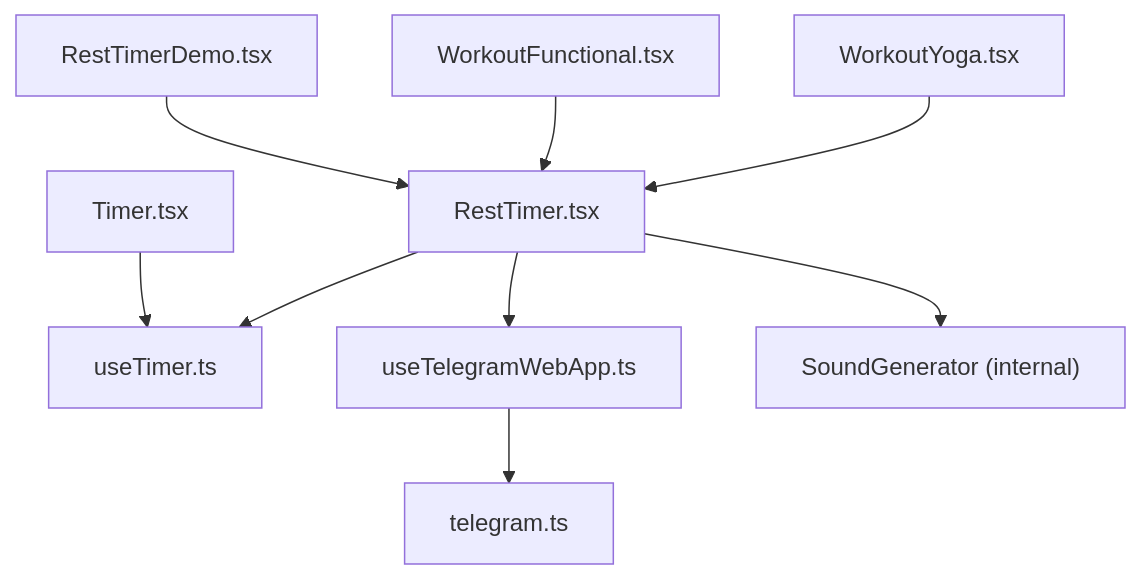
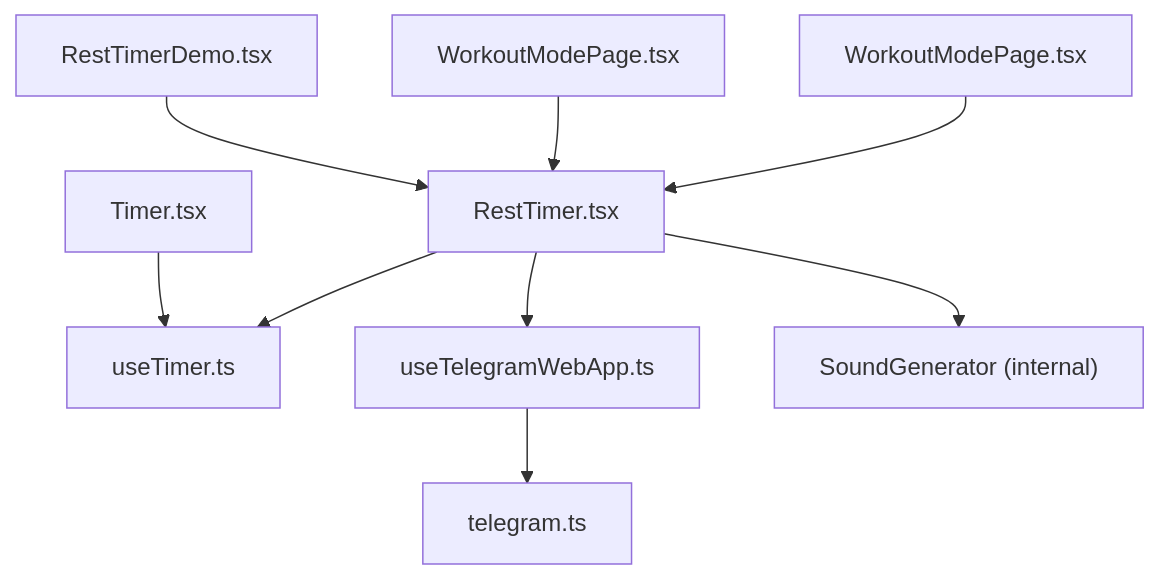
Before and after one commit to nilsnavi/fit_trackerpro: the sixth of 6 diagrams in .qoder/repowiki/en/content/Frontend Component Architecture/UI Component Library/Timer Component.md, drawn with Mermaid. The commit also changed other lines of this file and 10 other files, not shown here.

````diff
--- a/.qoder/repowiki/en/content/Frontend Component Architecture/UI Component Library/Timer Component.md
+++ b/.qoder/repowiki/en/content/Frontend Component Architecture/UI Component Library/Timer Component.md
@@ -346,11 +342,11 @@
 ```mermaid
 graph TB
 Timer["Timer.tsx"] --> UseTimer["useTimer.ts"]
 RestTimer["RestTimer.tsx"] --> UseTimer
 RestTimer --> TelegramHook["useTelegramWebApp.ts"]
 RestTimer --> SoundGen["SoundGenerator (internal)"]
 Demo["RestTimerDemo.tsx"] --> RestTimer
-WorkoutFunc["WorkoutFunctional.tsx"] --> RestTimer
-Yoga["WorkoutYoga.tsx"] --> RestTimer
+WorkoutFunc["WorkoutModePage.tsx"] --> RestTimer
+Yoga["WorkoutModePage.tsx"] --> RestTimer
 TelegramHook --> TelegramTypes["telegram.ts"]
 ```
````
